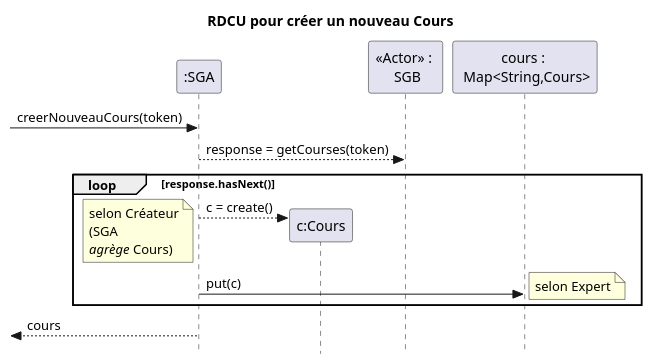
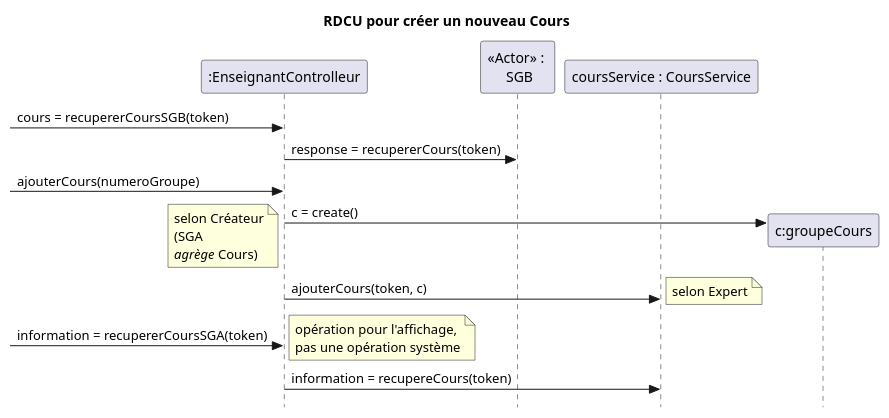
One commit to nerdz88/SGA-TS changed the diagram in docs/RDCU_CreerNouveauCours.puml. Above: the diagram before and after it, drawn with PlantUML. The commit also changed 1 other file, not shown here.

```diff
--- a/docs/RDCU_CreerNouveauCours.puml
+++ b/docs/RDCU_CreerNouveauCours.puml
@@ -1,19 +1,21 @@
 @startuml creerNouveauCours
 skinparam style strictuml
 skinparam defaultfontname Verdana
 title RDCU pour créer un nouveau Cours
-participant ":SGA" as sga
-->sga : creerNouveauCours(token)
-participant "c:Cours" as cours
+participant ":EnseignantControlleur" as sga
 participant "<<Actor>> : \n SGB" as sgb
-participant "cours : \n Map<String,Cours>" as map
-sga-->sgb: response = getCourses(token)
-loop response.hasNext()
+participant "coursService : CoursService" as map
+participant "c:groupeCours" as cours
+
+->sga : cours = recupererCoursSGB(token)
+sga->sgb: response = recupererCours(token)
+-> sga : ajouterCours(numeroGroupe)
   create cours
-  sga-->cours : c = create()
+  sga->cours : c = create()
   note left : selon Créateur\n(SGA\n//agrège// Cours)
-  sga->map : put(c)
+  sga->map : ajouterCours(token, c)
   note right : selon Expert
-end loop
-<--sga : cours
+  -> sga : information = recupererCoursSGA(token)
+  note left : opération pour l'affichage,\npas une opération système
+  sga -> map : information = recupereCours(token)
 @enduml
```
